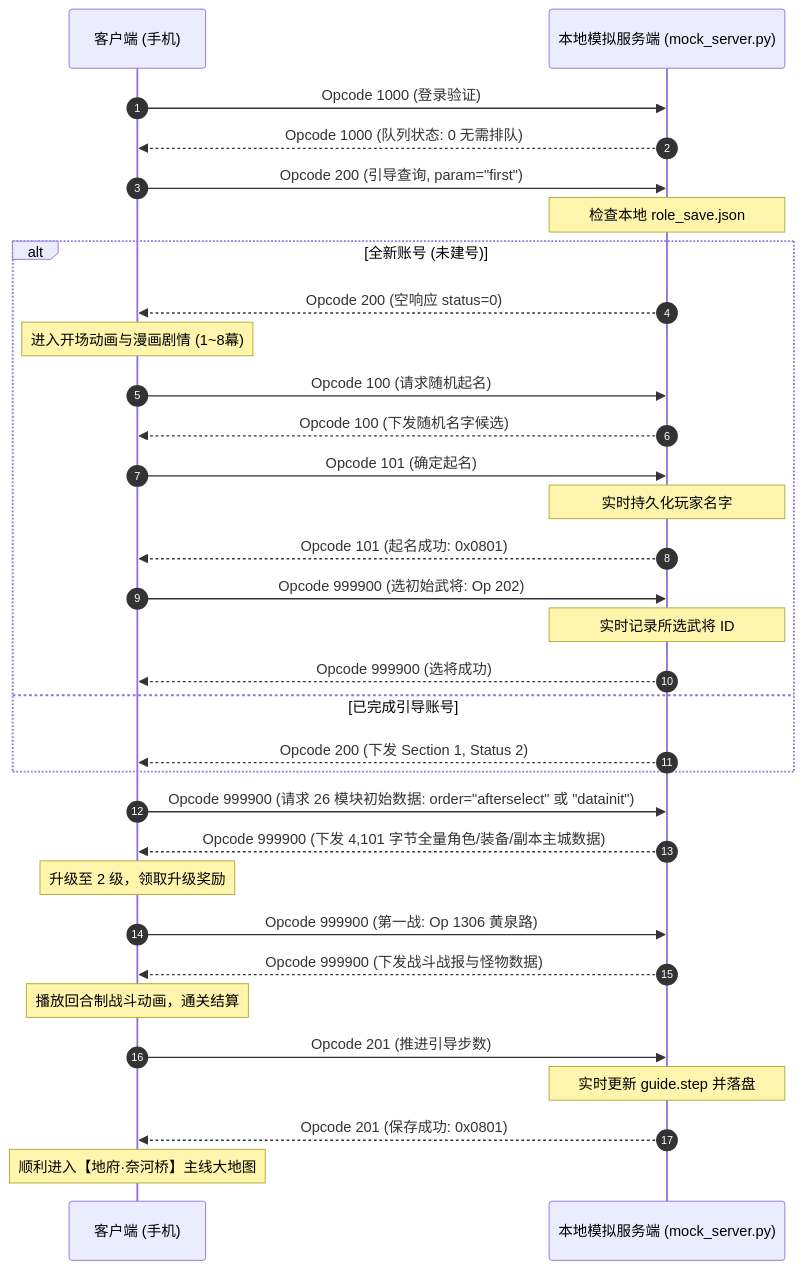
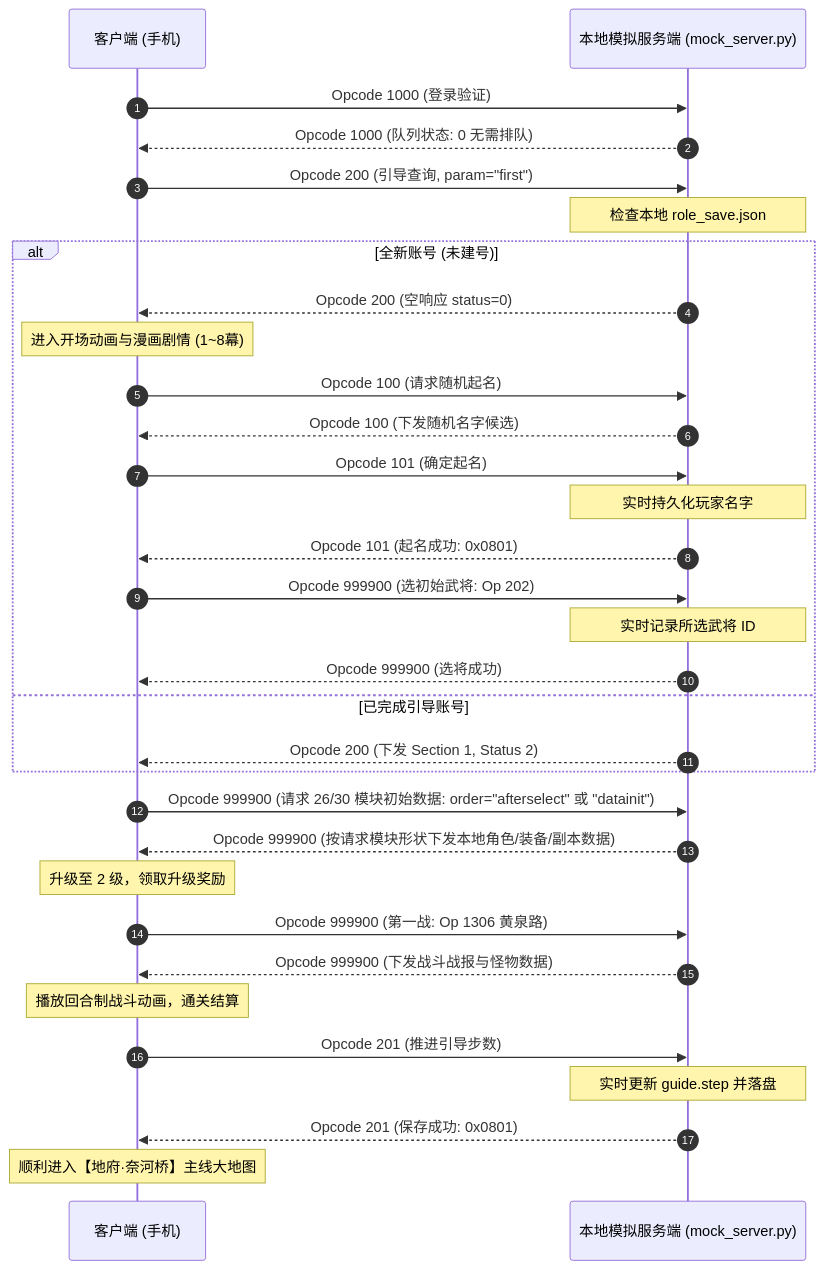
The diagram in README.md (yywbb/zyj), drawn with Mermaid before and after one commit. The commit also changed other lines of this file and 23 other files, not shown here.

````diff
--- a/README.md
+++ b/README.md
@@ -67,39 +74,39 @@
 ```mermaid
 sequenceDiagram
     autonumber
     participant C as 客户端 (手机)
     participant S as 本地模拟服务端 (mock_server.py)
     
     C->>S: Opcode 1000 (登录验证)
     S-->>C: Opcode 1000 (队列状态: 0 无需排队)
     
     C->>S: Opcode 200 (引导查询, param="first")
     Note over S: 检查本地 role_save.json
     alt 全新账号 (未建号)
         S-->>C: Opcode 200 (空响应 status=0)
         Note over C: 进入开场动画与漫画剧情 (1~8幕)
         C->>S: Opcode 100 (请求随机起名)
         S-->>C: Opcode 100 (下发随机名字候选)
         C->>S: Opcode 101 (确定起名)
         Note over S: 实时持久化玩家名字
         S-->>C: Opcode 101 (起名成功: 0x0801)
         C->>S: Opcode 999900 (选初始武将: Op 202)
         Note over S: 实时记录所选武将 ID
         S-->>C: Opcode 999900 (选将成功)
     else 已完成引导账号
         S-->>C: Opcode 200 (下发 Section 1, Status 2)
     end
     
-    C->>S: Opcode 999900 (请求 26 模块初始数据: order="afterselect" 或 "datainit")
-    S-->>C: Opcode 999900 (下发 4,101 字节全量角色/装备/副本主城数据)
+    C->>S: Opcode 999900 (请求 26/30 模块初始数据: order="afterselect" 或 "datainit")
+    S-->>C: Opcode 999900 (按请求模块形状下发本地角色/装备/副本数据)
     Note over C: 升级至 2 级，领取升级奖励
     
     C->>S: Opcode 999900 (第一战: Op 1306 黄泉路)
     S-->>C: Opcode 999900 (下发战斗战报与怪物数据)
     Note over C: 播放回合制战斗动画，通关结算
     
     C->>S: Opcode 201 (推进引导步数)
     Note over S: 实时更新 guide.step 并落盘
     S-->>C: Opcode 201 (保存成功: 0x0801)
     Note over C: 顺利进入【地府·奈河桥】主线大地图
 ```
````
